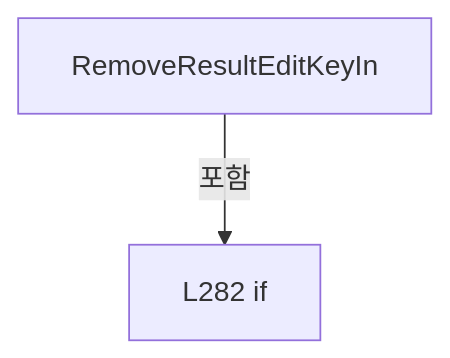
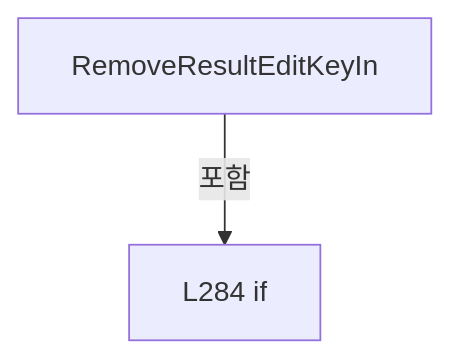
Before and after one commit to kjuws10-rgb/Shared: diagram 12 of 24 in A3 LD Code Ref/files/Drilling.UI/Menu/Menus/CMenuCorrection.ReviewData.Edit.cs.md, drawn with Mermaid. The commit also changed other lines of this file and 2071 other files, not shown here.

Commit message:
docs(a3): update 11.19.0 architecture and code reference

````diff
--- a/A3 LD Code Ref/files/Drilling.UI/Menu/Menus/CMenuCorrection.ReviewData.Edit.cs.md
+++ b/A3 LD Code Ref/files/Drilling.UI/Menu/Menus/CMenuCorrection.ReviewData.Edit.cs.md
@@ -2465,6 +2523,6 @@
 ```mermaid
 flowchart TD
  M["RemoveResultEditKeyIn"]
- N0["L282 if"]
+ N0["L284 if"]
  M -->|포함| N0
 ```
````
